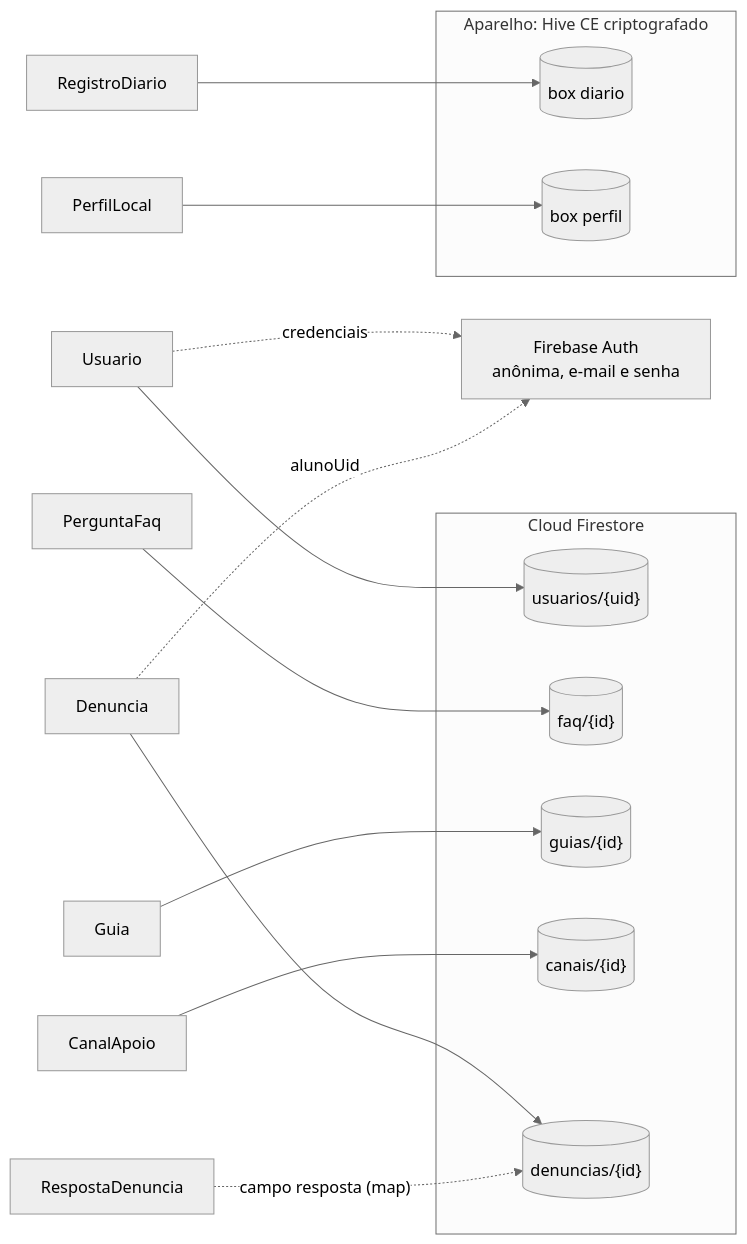
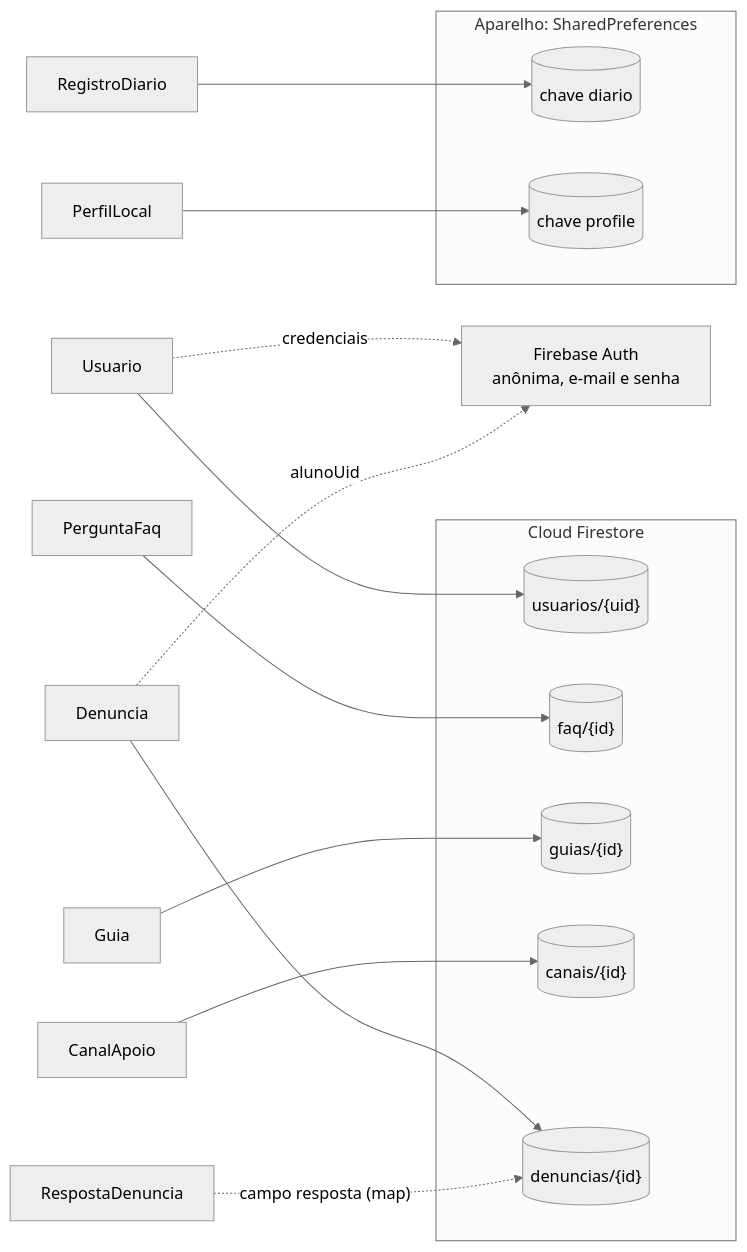
Before and after one commit to maarcos4g/mente-leve: the diagram in docs/modelagem/04-mapeamento-dart-firestore.md, drawn with Mermaid (neutral theme). The commit also changed other lines of this file and 2 other files, not shown here.

Commit message:
docs(modelagem): troca Hive por SharedPreferences na persistencia local
Atualiza escopo, diagrama de classes e mapeamento Dart-Firestore para
refletir o PrefsDiaryRepository e o ProfileStore.

````diff
--- a/docs/modelagem/04-mapeamento-dart-firestore.md
+++ b/docs/modelagem/04-mapeamento-dart-firestore.md
@@ -7,35 +7,35 @@
 ```mermaid
 flowchart LR
   Usuario
   PerguntaFaq
   Guia
   CanalApoio
   Denuncia
   RespostaDenuncia
   RegistroDiario
   PerfilLocal
 
   subgraph FS["Cloud Firestore"]
     cUsuarios[("usuarios/{uid}")]
     cFaq[("faq/{id}")]
     cGuias[("guias/{id}")]
     cCanais[("canais/{id}")]
     cDenuncias[("denuncias/{id}")]
   end
   AUTH["Firebase Auth<br/>anônima, e-mail e senha"]
-  subgraph HV["Aparelho: Hive CE criptografado"]
-    bDiario[("box diario")]
-    bPerfil[("box perfil")]
+  subgraph HV["Aparelho: SharedPreferences"]
+    bDiario[("chave diario")]
+    bPerfil[("chave profile")]
   end
 
   Usuario --> cUsuarios
   Usuario -. "credenciais" .-> AUTH
   PerguntaFaq --> cFaq
   Guia --> cGuias
   CanalApoio --> cCanais
   Denuncia --> cDenuncias
   Denuncia -. "alunoUid" .-> AUTH
   RespostaDenuncia -. "campo resposta (map)" .-> cDenuncias
   RegistroDiario --> bDiario
   PerfilLocal --> bPerfil
 ```
````
